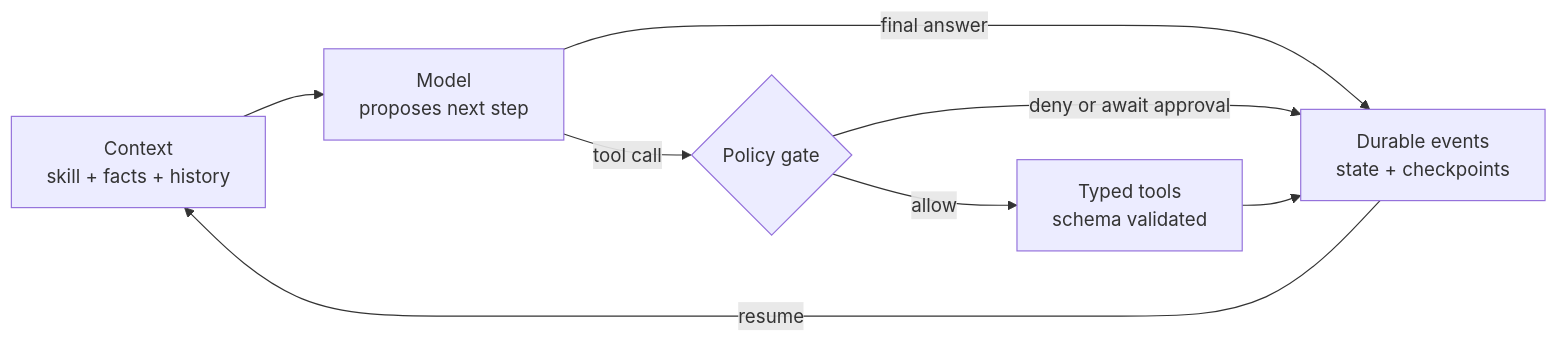
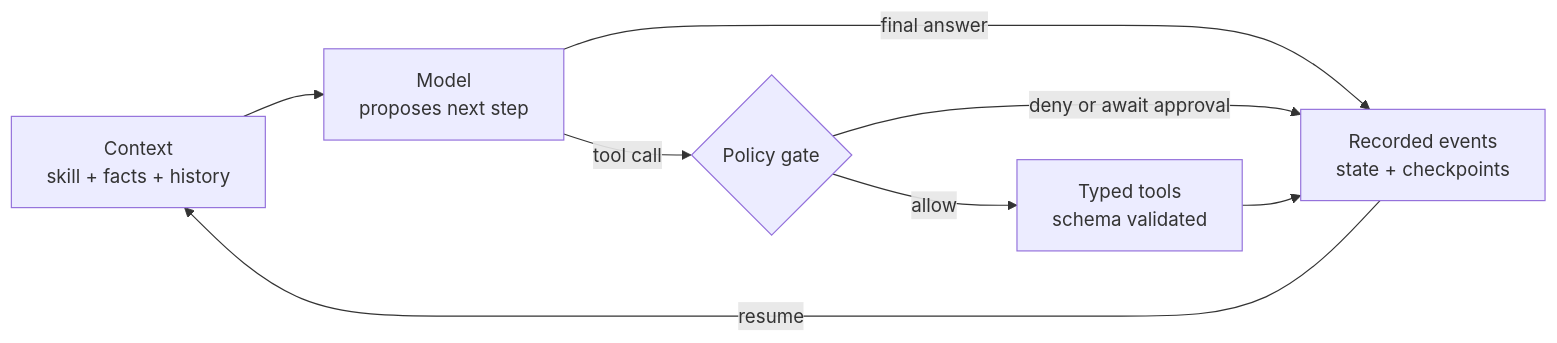
One commit to ragmha/raghib.io changed the diagram in src/content/writing/build-your-agent-harness.mdx. Above: the diagram before and after it, drawn with Mermaid. The commit also changed other lines of this file and 5 other files, not shown here.

````diff
--- a/src/content/writing/build-your-agent-harness.mdx
+++ b/src/content/writing/build-your-agent-harness.mdx
@@ -36,10 +36,10 @@
 ```mermaid
 flowchart LR
     context["Context<br/>skill + facts + history"] --> model["Model<br/>proposes next step"]
     model -- "tool call" --> gate{"Policy gate"}
     model -- "final answer" --> events
     gate -- "allow" --> tools["Typed tools<br/>schema validated"]
     gate -- "deny or await approval" --> events
-    tools --> events["Durable events<br/>state + checkpoints"]
+    tools --> events["Recorded events<br/>state + checkpoints"]
     events -- "resume" --> context
 ```
````
